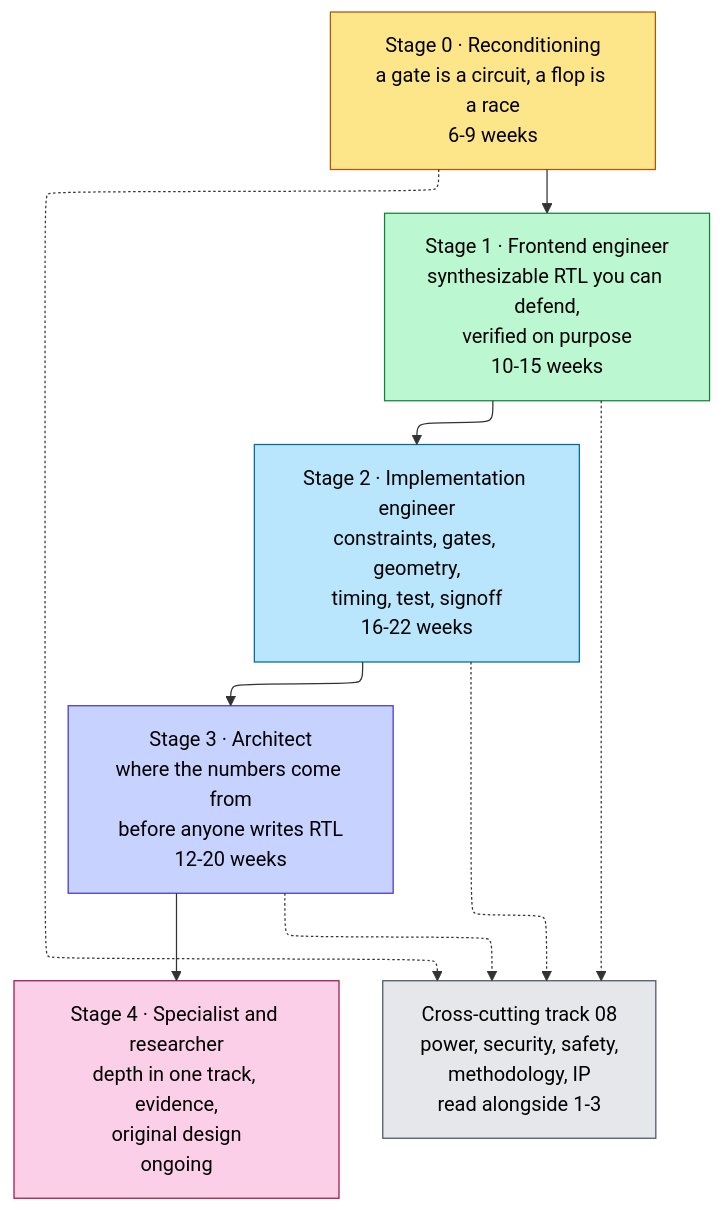
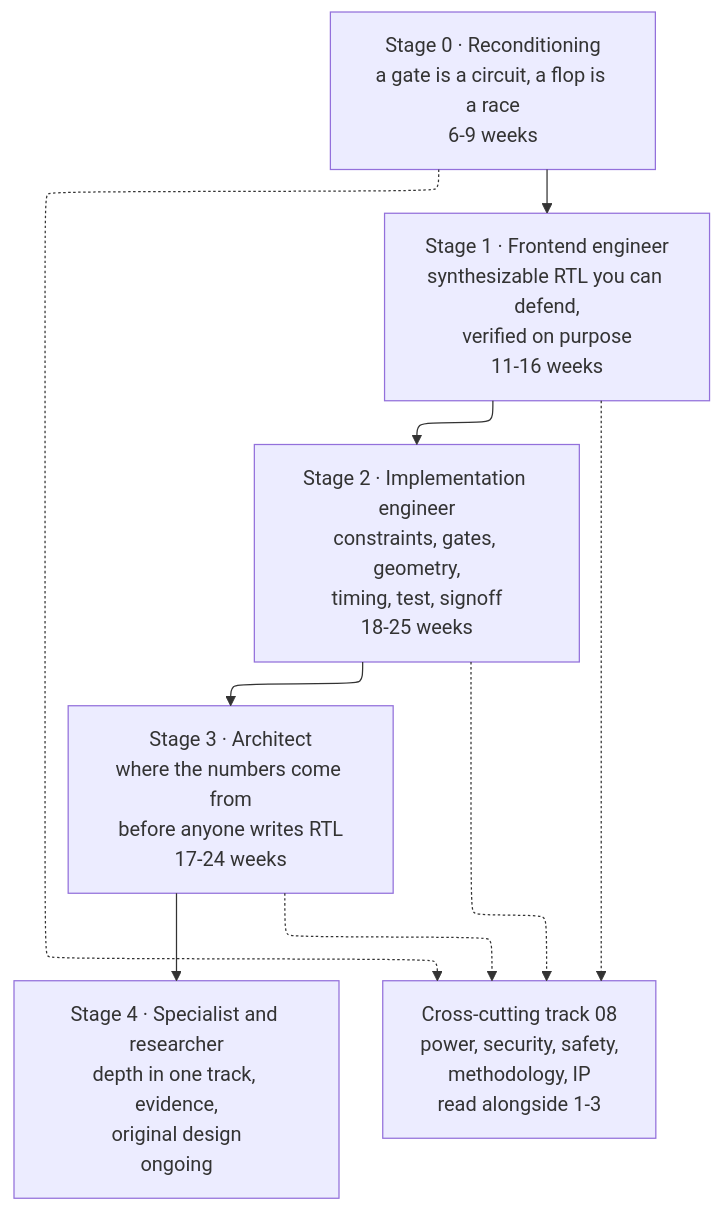
Before and after one commit to Wty2003328/silicon-design-notebook: the diagram in Start_Here_Learning_Path.md, drawn with Mermaid. The commit also changed other lines of this file and 125 other files, not shown here.

First line of the commit message:
Complete the AMBA family, refresh the learning path, and make every figure and formula actually render

````diff
--- a/Start_Here_Learning_Path.md
+++ b/Start_Here_Learning_Path.md
@@ -40,21 +40,15 @@
 ```mermaid
 %%{init: {"flowchart": {"defaultRenderer": "elk", "nodeSpacing": 55, "rankSpacing": 60, "htmlLabels": false}}}%%
 flowchart TD
-    S0["Stage 0 · Reconditioning<br/>a gate is a circuit, a flop is a race<br/>6-9 weeks"]:::a
-    S1["Stage 1 · Frontend engineer<br/>synthesizable RTL you can defend,<br/>verified on purpose<br/>10-15 weeks"]:::b
-    S2["Stage 2 · Implementation engineer<br/>constraints, gates, geometry,<br/>timing, test, signoff<br/>16-22 weeks"]:::c
-    S3["Stage 3 · Architect<br/>where the numbers come from<br/>before anyone writes RTL<br/>12-20 weeks"]:::d
-    S4["Stage 4 · Specialist and researcher<br/>depth in one track, evidence,<br/>original design<br/>ongoing"]:::e
-    X["Cross-cutting track 08<br/>power, security, safety,<br/>methodology, IP<br/>read alongside 1-3"]:::f
+    S0["Stage 0 · Reconditioning<br/>a gate is a circuit, a flop is a race<br/>6-9 weeks"]
+    S1["Stage 1 · Frontend engineer<br/>synthesizable RTL you can defend,<br/>verified on purpose<br/>11-16 weeks"]
+    S2["Stage 2 · Implementation engineer<br/>constraints, gates, geometry,<br/>timing, test, signoff<br/>18-25 weeks"]
+    S3["Stage 3 · Architect<br/>where the numbers come from<br/>before anyone writes RTL<br/>17-24 weeks"]
+    S4["Stage 4 · Specialist and researcher<br/>depth in one track, evidence,<br/>original design<br/>ongoing"]
+    X["Cross-cutting track 08<br/>power, security, safety,<br/>methodology, IP<br/>read alongside 1-3"]
     S0 --> S1 --> S2 --> S3 --> S4
     S0 -.-> X
     S1 -.-> X
     S2 -.-> X
     S3 -.-> X
-    classDef a fill:#fde68a,stroke:#b45309,color:#000
-    classDef b fill:#bbf7d0,stroke:#15803d,color:#000
-    classDef c fill:#bae6fd,stroke:#0369a1,color:#000
-    classDef d fill:#c7d2fe,stroke:#4338ca,color:#000
-    classDef e fill:#fbcfe8,stroke:#9d174d,color:#000
-    classDef f fill:#e5e7eb,stroke:#4b5563,color:#000
 ```
````
